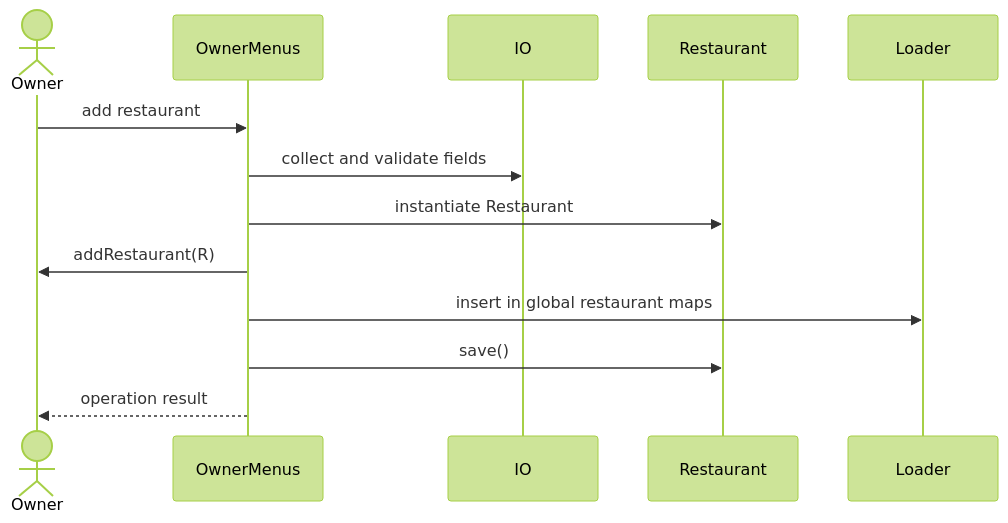
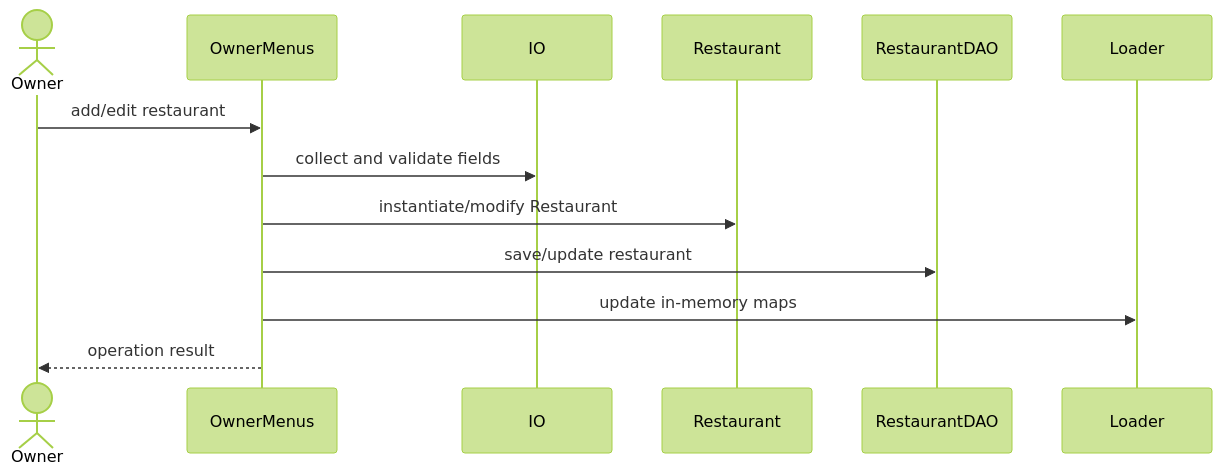
Before and after one commit to lcavagnari/TheKnifeProject_B: the eighth of 10 diagrams in docs/TECHNICAL_DOCUMENTATION.md, drawn with Mermaid (forest theme). The commit also changed other lines of this file, not shown here.

````diff
--- a/docs/TECHNICAL_DOCUMENTATION.md
+++ b/docs/TECHNICAL_DOCUMENTATION.md
@@ -266,16 +376,16 @@
 ```mermaid
 sequenceDiagram
     actor O as Owner
     participant OM as OwnerMenus
     participant IO as IO
     participant R as Restaurant
+    participant RD as RestaurantDAO
     participant LD as Loader
 
-    O->>OM: add restaurant
+    O->>OM: add/edit restaurant
     OM->>IO: collect and validate fields
-    OM->>R: instantiate Restaurant
-    OM->>O: addRestaurant(R)
-    OM->>LD: insert in global restaurant maps
-    OM->>R: save()
+    OM->>R: instantiate/modify Restaurant
+    OM->>RD: save/update restaurant
+    OM->>LD: update in-memory maps
     OM-->>O: operation result
 ```
````
